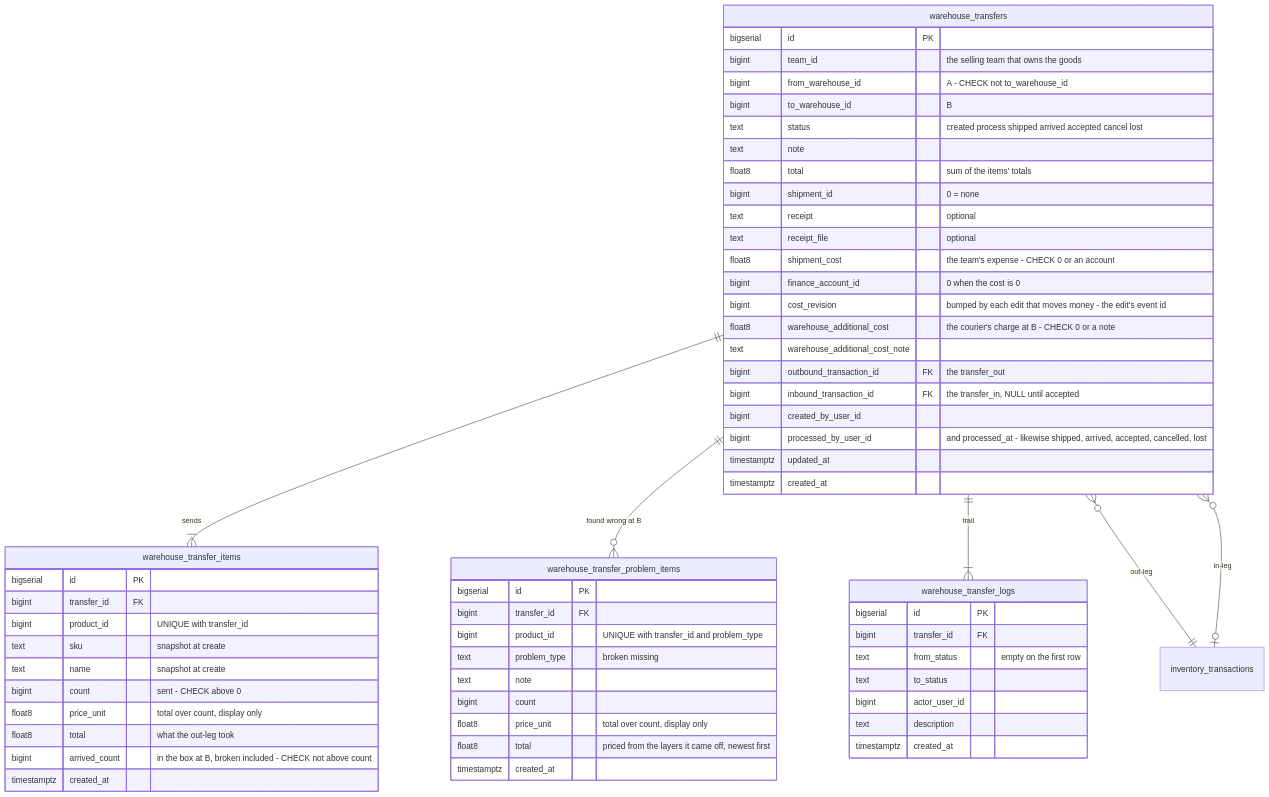
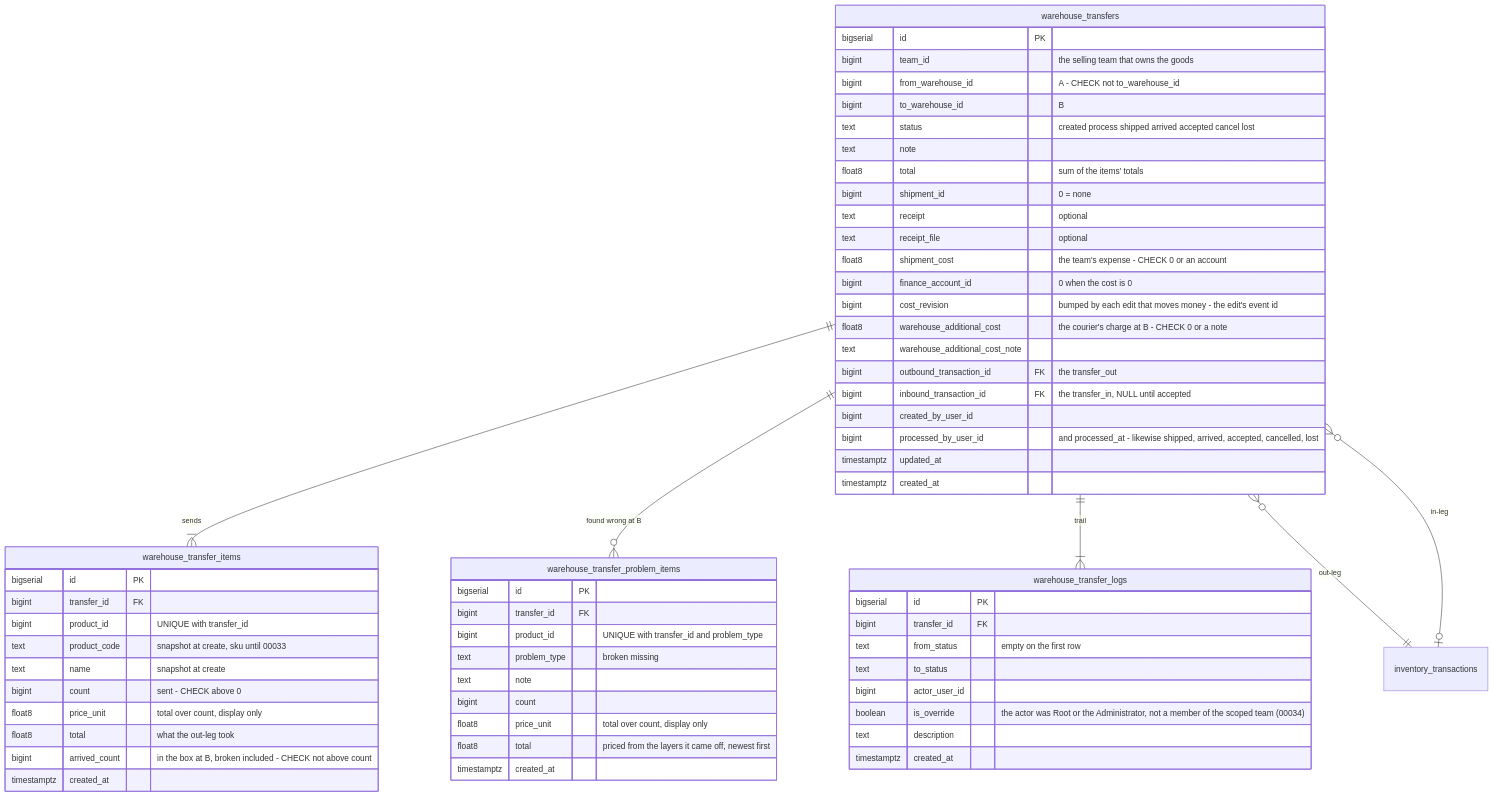
The tenth of 20 diagrams in docs/database-schema.md (pdcgo/warehouse_revamp), drawn with Mermaid before and after one commit. The commit also changed other lines of this file and 703 other files, not shown here.

````diff
--- a/docs/database-schema.md
+++ b/docs/database-schema.md
@@ -1170,63 +1267,64 @@
 ```mermaid
 erDiagram
     warehouse_transfers {
         bigserial   id                             PK
         bigint      team_id                        "the selling team that owns the goods"
         bigint      from_warehouse_id              "A - CHECK not to_warehouse_id"
         bigint      to_warehouse_id                "B"
         text        status                         "created process shipped arrived accepted cancel lost"
         text        note
         float8      total                          "sum of the items' totals"
         bigint      shipment_id                    "0 = none"
         text        receipt                        "optional"
         text        receipt_file                   "optional"
         float8      shipment_cost                  "the team's expense - CHECK 0 or an account"
         bigint      finance_account_id             "0 when the cost is 0"
         bigint      cost_revision                  "bumped by each edit that moves money - the edit's event id"
         float8      warehouse_additional_cost      "the courier's charge at B - CHECK 0 or a note"
         text        warehouse_additional_cost_note
         bigint      outbound_transaction_id        FK "the transfer_out"
         bigint      inbound_transaction_id         FK "the transfer_in, NULL until accepted"
         bigint      created_by_user_id
         bigint      processed_by_user_id           "and processed_at - likewise shipped, arrived, accepted, cancelled, lost"
         timestamptz updated_at
         timestamptz created_at
     }
     warehouse_transfer_items {
         bigserial   id            PK
         bigint      transfer_id   FK
         bigint      product_id    "UNIQUE with transfer_id"
-        text        sku           "snapshot at create"
+        text        product_code  "snapshot at create, sku until 00033"
         text        name          "snapshot at create"
         bigint      count         "sent - CHECK above 0"
         float8      price_unit    "total over count, display only"
         float8      total         "what the out-leg took"
         bigint      arrived_count "in the box at B, broken included - CHECK not above count"
         timestamptz created_at
     }
     warehouse_transfer_problem_items {
         bigserial   id           PK
         bigint      transfer_id  FK
         bigint      product_id   "UNIQUE with transfer_id and problem_type"
         text        problem_type "broken missing"
         text        note
         bigint      count
         float8      price_unit   "total over count, display only"
         float8      total        "priced from the layers it came off, newest first"
         timestamptz created_at
     }
     warehouse_transfer_logs {
         bigserial   id            PK
         bigint      transfer_id   FK
         text        from_status   "empty on the first row"
         text        to_status
         bigint      actor_user_id
+        boolean     is_override   "the actor was Root or the Administrator, not a member of the scoped team (00034)"
         text        description
         timestamptz created_at
     }
     warehouse_transfers ||--|{ warehouse_transfer_items : "sends"
     warehouse_transfers ||--o{ warehouse_transfer_problem_items : "found wrong at B"
     warehouse_transfers ||--|{ warehouse_transfer_logs : "trail"
     warehouse_transfers }o--|| inventory_transactions : "out-leg"
     warehouse_transfers }o--o| inventory_transactions : "in-leg"
 ```
````
